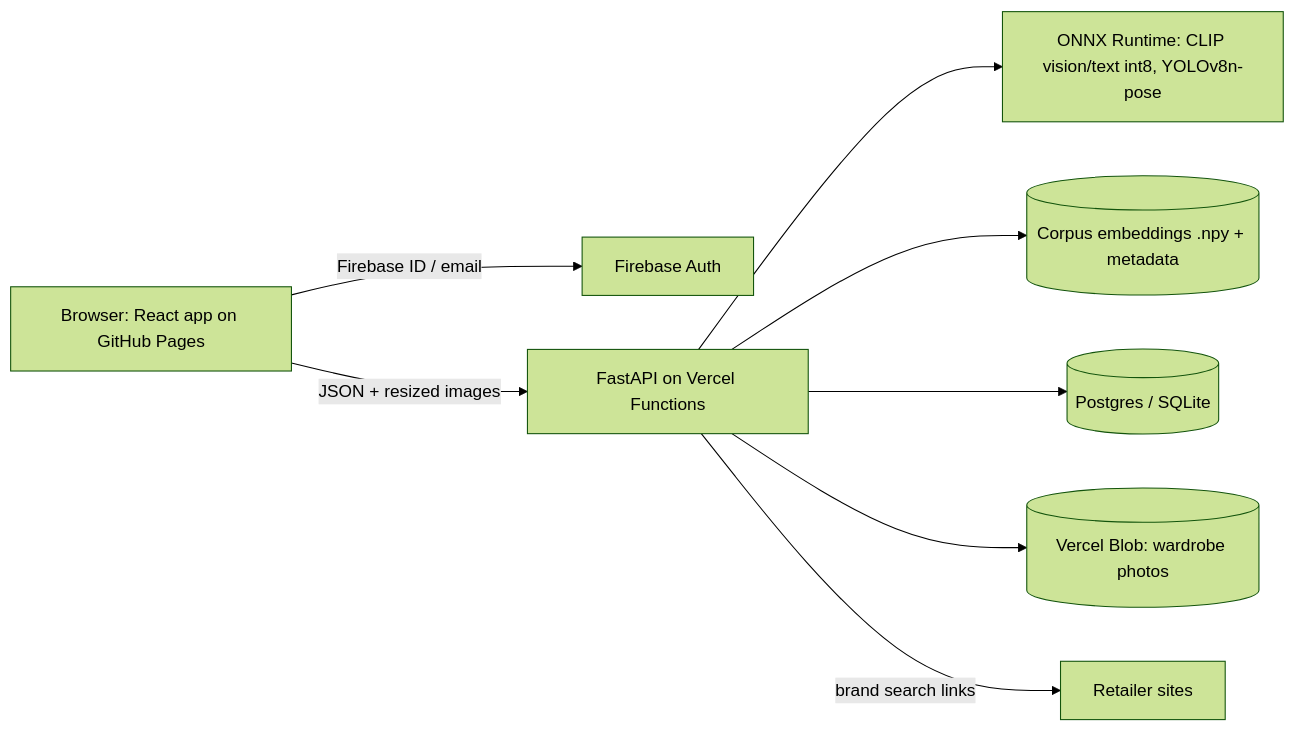
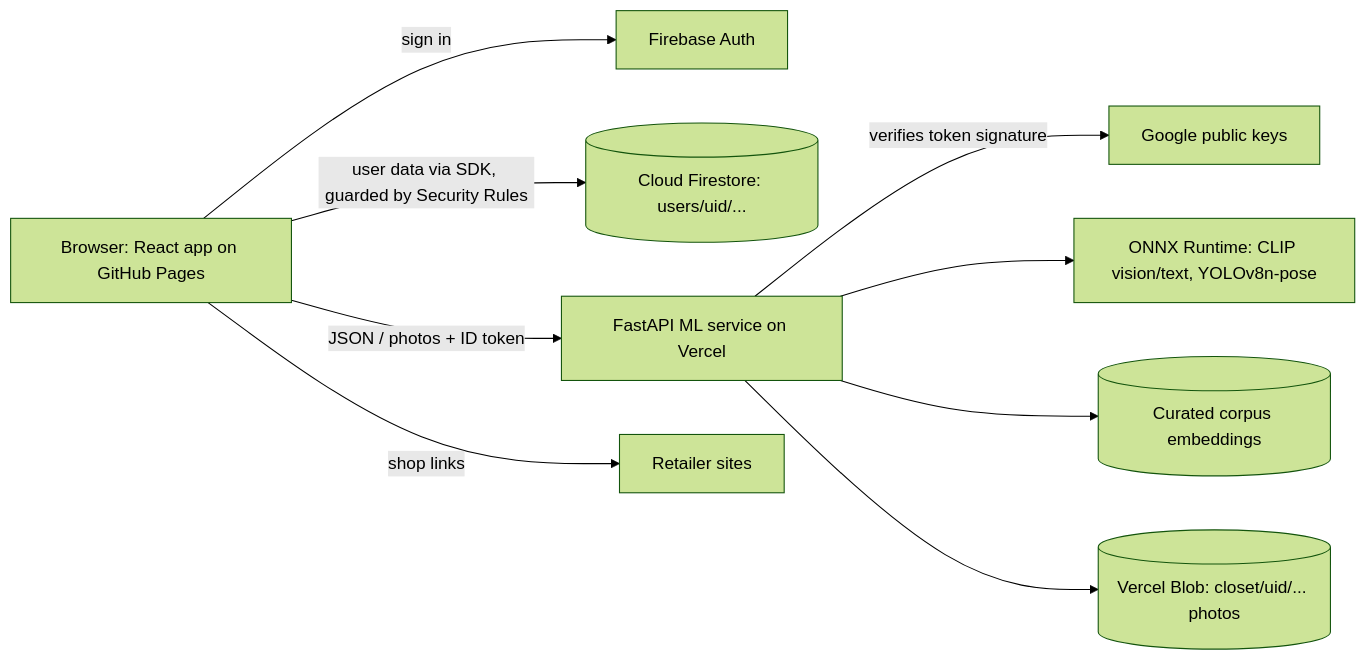
Before and after one commit to dhy-ani/agentweave: the second of 2 diagrams in README.md, drawn with Mermaid (forest theme). The commit also changed other lines of this file and 82 other files, not shown here.

First line of the commit message:
Move user data to Firestore and verify Firebase ID tokens in the API

````diff
--- a/README.md
+++ b/README.md
@@ -114,10 +180,11 @@
 ```mermaid
 flowchart LR
-  U[Browser: React app on GitHub Pages] -- Firebase ID / email --> FA[Firebase Auth]
-  U -- JSON + resized images --> API[FastAPI on Vercel Functions]
-  API --> ORT[ONNX Runtime: CLIP vision/text int8, YOLOv8n-pose]
-  API --> IDX[(Corpus embeddings .npy + metadata)]
-  API --> DB[(Postgres / SQLite)]
-  API --> BLOB[(Vercel Blob: wardrobe photos)]
-  API -- brand search links --> R[Retailer sites]
+  U[Browser: React app on GitHub Pages] -- sign in --> FA[Firebase Auth]
+  U -- user data via SDK, guarded by Security Rules --> FS[(Cloud Firestore: users/uid/...)]
+  U -- JSON / photos + ID token --> API[FastAPI ML service on Vercel]
+  API -- verifies token signature --> G[Google public keys]
+  API --> ORT[ONNX Runtime: CLIP vision/text, YOLOv8n-pose]
+  API --> IDX[(Curated corpus embeddings)]
+  API --> BLOB[(Vercel Blob: closet/uid/... photos)]
+  U -- shop links --> R[Retailer sites]
 ```
````
